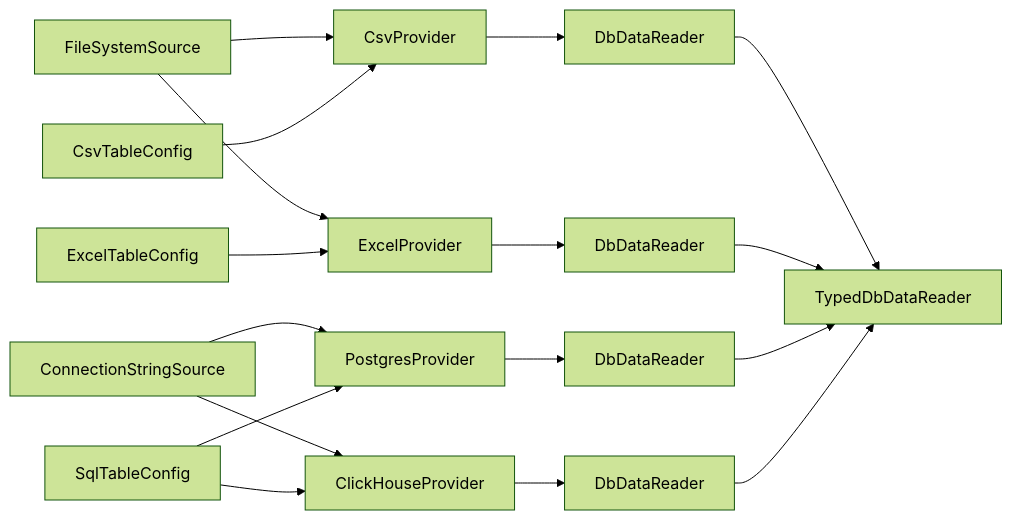
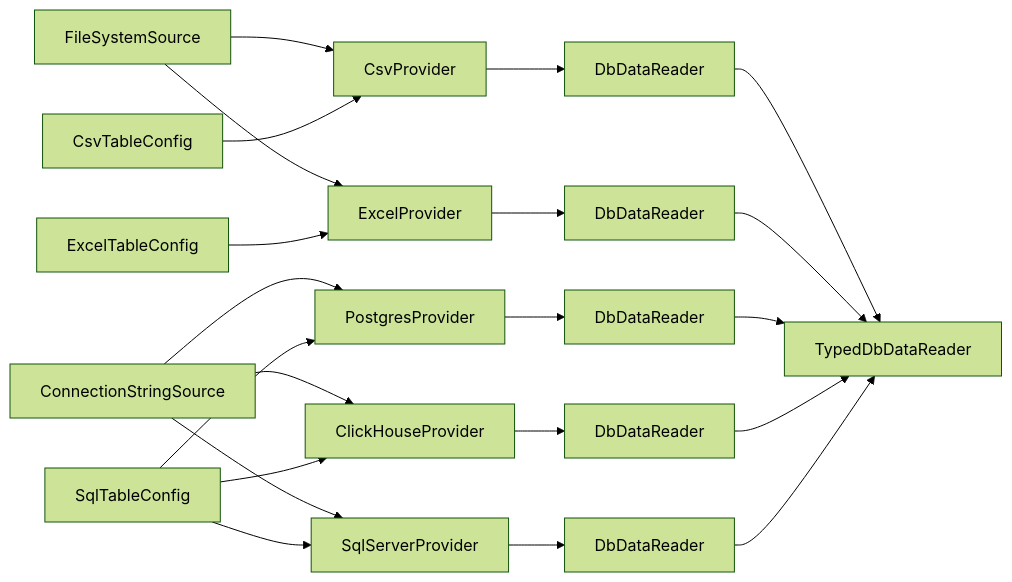
One commit to MikeKondr99/Loader changed the second of 2 diagrams in docs/architecture.md. Above: the diagram before and after it, drawn with Mermaid (forest theme). The commit also changed other lines of this file and 7 other files, not shown here.

Commit message:
sql server готов

````diff
--- a/docs/architecture.md
+++ b/docs/architecture.md
@@ -62,23 +63,28 @@
 ```mermaid
 flowchart LR
     FileSource[FileSystemSource] --> CsvProvider
     CsvConfig[CsvTableConfig] --> CsvProvider
     CsvProvider --> CsvReader[DbDataReader]
 
     FileSource --> ExcelProvider
     ExcelConfig[ExcelTableConfig] --> ExcelProvider
     ExcelProvider --> ExcelReader[DbDataReader]
 
     DbSource[ConnectionStringSource] --> PgProvider[PostgresProvider]
     SqlConfig[SqlTableConfig] --> PgProvider
     PgProvider --> PgReader[DbDataReader]
 
     DbSource --> ChProvider[ClickHouseProvider]
     SqlConfig --> ChProvider
     ChProvider --> ChReader[DbDataReader]
 
+    DbSource --> SqlServerProvider[SqlServerProvider]
+    SqlConfig --> SqlServerProvider
+    SqlServerProvider --> SqlServerReader[DbDataReader]
+
     CsvReader --> Typed[TypedDbDataReader]
     ExcelReader --> Typed
     PgReader --> Typed
     ChReader --> Typed
+    SqlServerReader --> Typed
 ```
````
